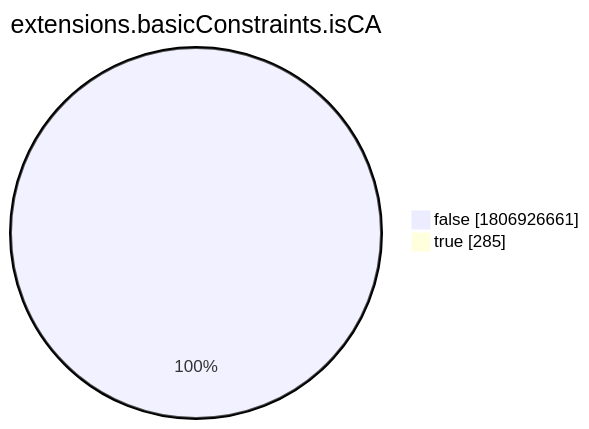
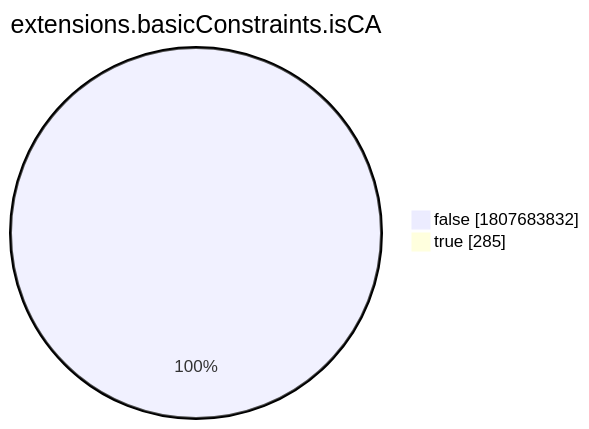
One commit to christiankrug/ctmonitor_visualization changed the eighth of 15 diagrams in xenon2022/README.md. Above: the diagram before and after it, drawn with Mermaid. The commit also changed other lines of this file, not shown here.

````diff
--- a/xenon2022/README.md
+++ b/xenon2022/README.md
@@ -2868,6 +2868,6 @@
 ```mermaid
 pie showData
 title extensions.basicConstraints.isCA
-"false" :1806926661
+"false" :1807683832
 "true" :285
 ```
````
